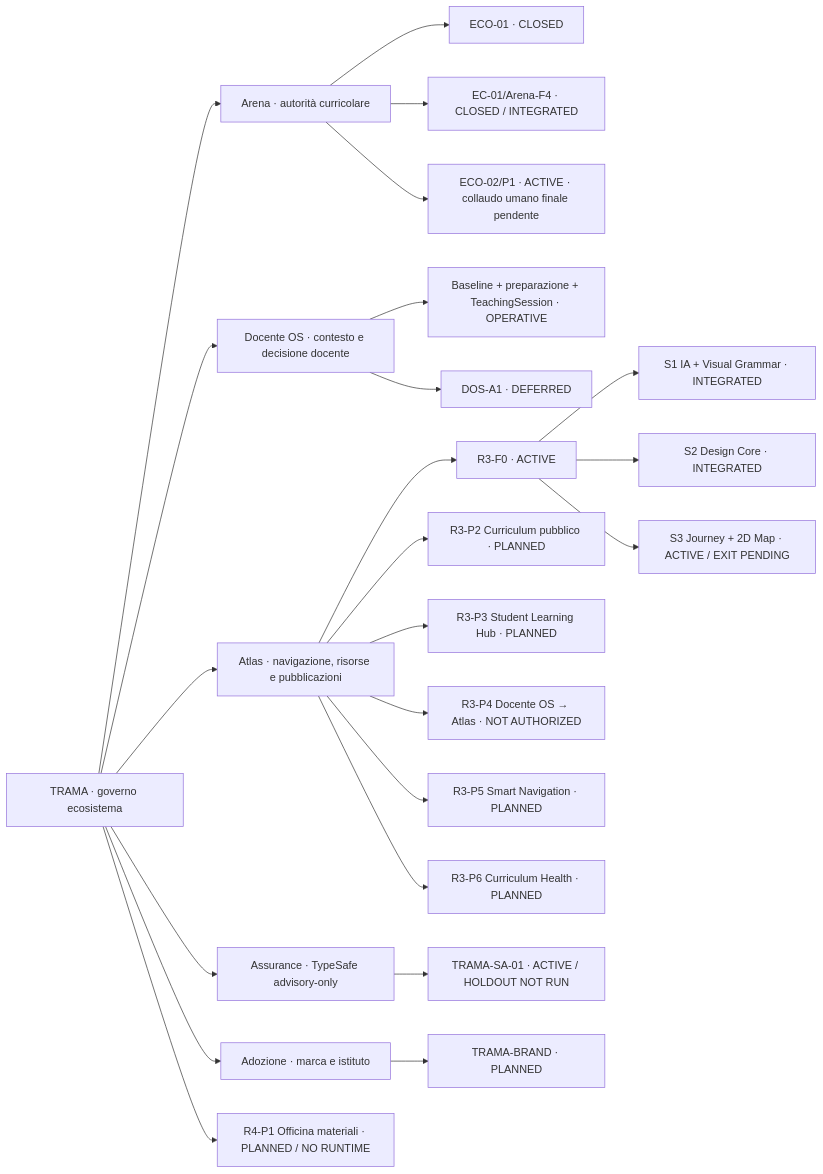
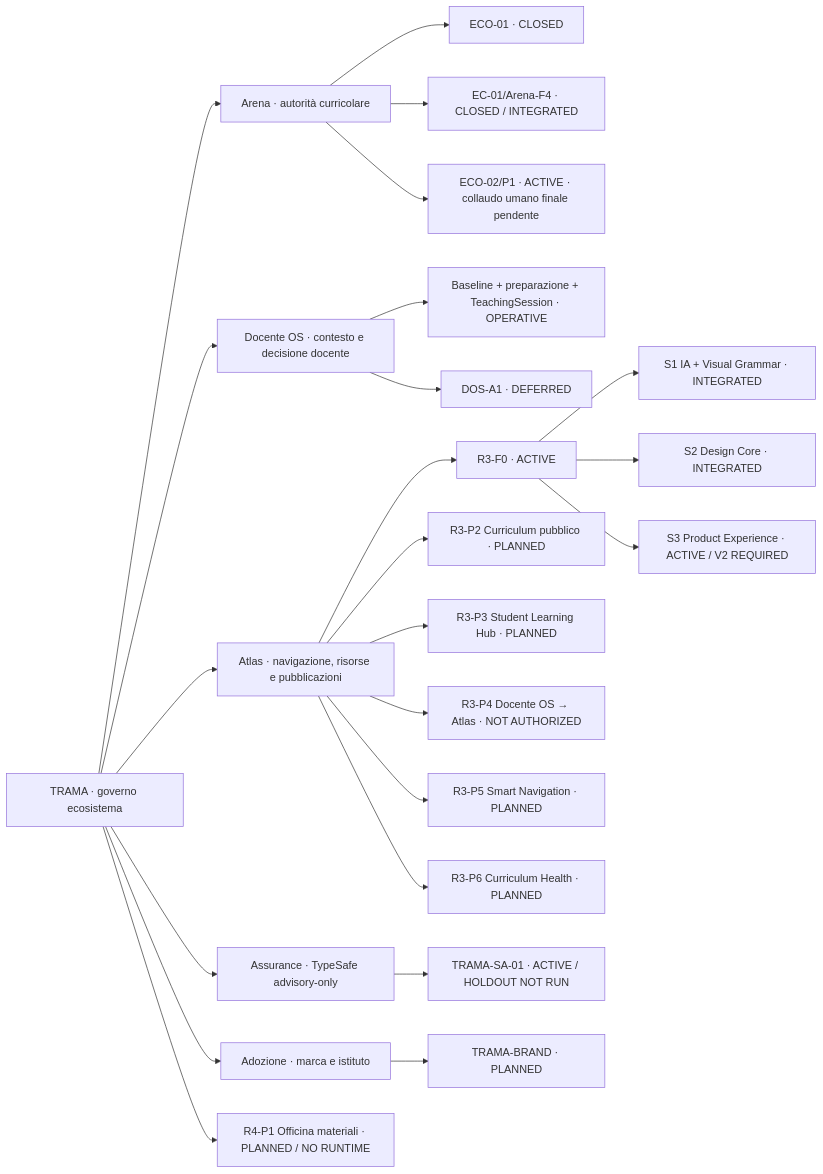
Before and after one commit to antoniocorsano-boop/trama-ecosistema: the diagram in STATUS.md, drawn with Mermaid. The commit also changed other lines of this file, not shown here.

Commit message:
docs: mark Atlas S3-V2 as required product increment

````diff
--- a/STATUS.md
+++ b/STATUS.md
@@ -8,31 +8,31 @@
 ```mermaid
 flowchart LR
   TRAMA["TRAMA · governo ecosistema"]
 
   TRAMA --> ARENA["Arena · autorità curricolare"]
   TRAMA --> DOS["Docente OS · contesto e decisione docente"]
   TRAMA --> ATLAS["Atlas · navigazione, risorse e pubblicazioni"]
   TRAMA --> ASSURANCE["Assurance · TypeSafe advisory-only"]
   TRAMA --> BRAND["Adozione · marca e istituto"]
 
   ARENA --> ECO01["ECO-01 · CLOSED"]
   ARENA --> ECF4["EC-01/Arena-F4 · CLOSED / INTEGRATED"]
   ARENA --> ECO02["ECO-02/P1 · ACTIVE · collaudo umano finale pendente"]
 
   DOS --> DOSBASE["Baseline + preparazione + TeachingSession · OPERATIVE"]
   DOS --> DOSA1["DOS-A1 · DEFERRED"]
 
   ATLAS --> R3F0["R3-F0 · ACTIVE"]
   R3F0 --> S1["S1 IA + Visual Grammar · INTEGRATED"]
   R3F0 --> S2["S2 Design Core · INTEGRATED"]
-  R3F0 --> S3["S3 Journey + 2D Map · ACTIVE / EXIT PENDING"]
+  R3F0 --> S3["S3 Product Experience · ACTIVE / V2 REQUIRED"]
   ATLAS --> R3P2["R3-P2 Curriculum pubblico · PLANNED"]
   ATLAS --> R3P3["R3-P3 Student Learning Hub · PLANNED"]
   ATLAS --> R3P4["R3-P4 Docente OS → Atlas · NOT AUTHORIZED"]
   ATLAS --> R3P5["R3-P5 Smart Navigation · PLANNED"]
   ATLAS --> R3P6["R3-P6 Curriculum Health · PLANNED"]
 
   TRAMA --> R4P1["R4-P1 Officina materiali · PLANNED / NO RUNTIME"]
   ASSURANCE --> TSA["TRAMA-SA-01 · ACTIVE / HOLDOUT NOT RUN"]
   BRAND --> TB["TRAMA-BRAND · PLANNED"]
 ```
````
